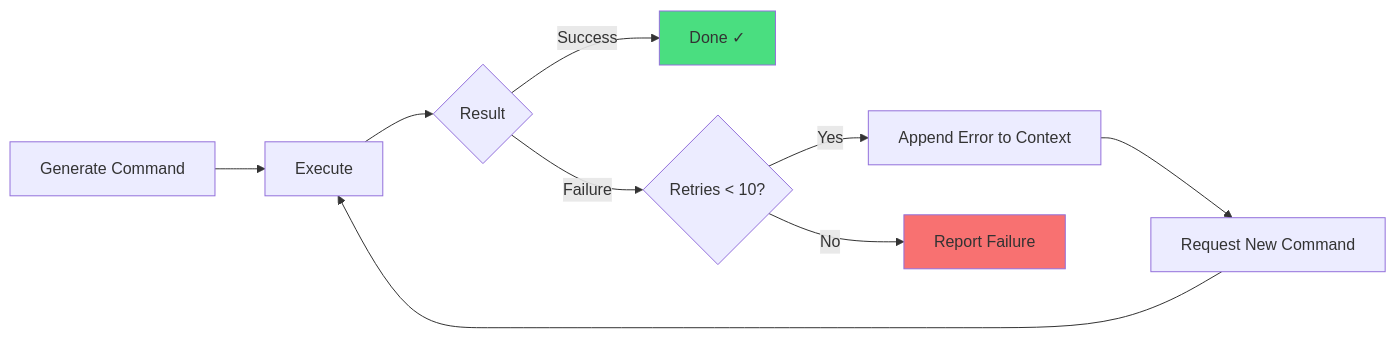
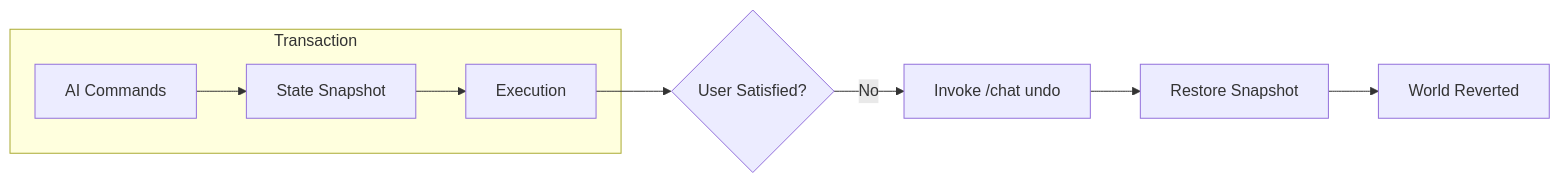
Before and after one commit to aaronaalmendarez/gemini-minecraft: the third of 3 diagrams in README.md, drawn with Mermaid. The commit also changed other lines of this file and 2 other files, not shown here.

````diff
--- a/README.md
+++ b/README.md
@@ -221,14 +170,11 @@
 ```mermaid
-flowchart LR
-    A[Generate Command] --> B[Execute]
-    B --> C{Result}
-    C -->|Success| D[Done ✓]
-    C -->|Failure| E{Retries < 10?}
-    E -->|Yes| F[Append Error to Context]
-    F --> G[Request New Command]
-    G --> B
-    E -->|No| H[Report Failure]
-    
-    style D fill:#4ade80
-    style H fill:#f87171
+graph LR
+    subgraph Transaction
+        A[AI Commands] --> B[State Snapshot]
+        B --> C[Execution]
+    end
+    C --> D{User Satisfied?}
+    D -->|No| E[Invoke /chat undo]
+    E --> F[Restore Snapshot]
+    F --> G[World Reverted]
 ```
````
